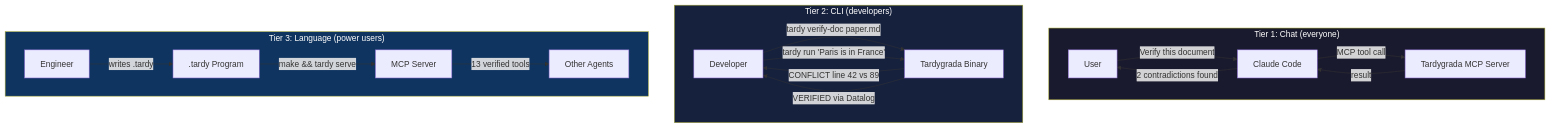
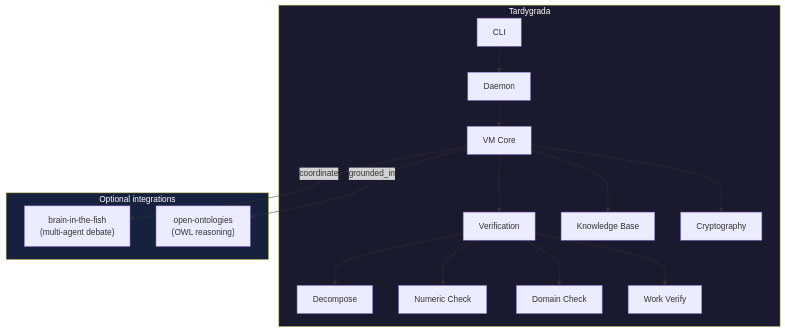
The fourth of 4 diagrams in README.md (fabio-rovai/tardygrada), drawn with Mermaid before and after one commit. The commit also changed other lines of this file and 3 other files, not shown here.

First line of the commit message:
docs: animated logo, terminal demo SVG, pipeline overview graphic

````diff
--- a/README.md
+++ b/README.md
@@ -336,26 +230,25 @@
 ```mermaid
 graph TB
-    subgraph tier1["Tier 1: Chat (everyone)"]
-        USER1["User"] -- "Verify this document" --> CC["Claude Code"]
-        CC -- "MCP tool call" --> MCP_S["Tardygrada MCP Server"]
-        MCP_S -- "result" --> CC
-        CC -- "2 contradictions found" --> USER1
+    subgraph Tardygrada["Tardygrada"]
+        CLI_CMD["CLI"] --> DAEMON_S["Daemon"]
+        DAEMON_S --> VM["VM Core"]
+        VM --> VERIFY_S["Verification"]
+        VM --> ONTO["Knowledge Base"]
+        VM --> CRYPTO_S["Cryptography"]
+        VERIFY_S --> DECOMP_S["Decompose"]
+        VERIFY_S --> NUMERIC_S["Numeric Check"]
+        VERIFY_S --> DOMAIN_S["Domain Check"]
+        VERIFY_S --> WORK_S["Work Verify"]
     end
 
-    subgraph tier2["Tier 2: CLI (developers)"]
-        USER2["Developer"] -- "tardy verify-doc paper.md" --> CLI["Tardygrada Binary"]
-        CLI -- "CONFLICT line 42 vs 89" --> USER2
-        USER2 -- "tardy run 'Paris is in France'" --> CLI
-        CLI -- "VERIFIED via Datalog" --> USER2
+    subgraph External["Optional integrations"]
+        BITF["brain-in-the-fish<br>(multi-agent debate)"]
+        OO["open-ontologies<br>(OWL reasoning)"]
     end
 
-    subgraph tier3["Tier 3: Language (power users)"]
-        USER3["Engineer"] -- "writes .tardy" --> TARDY[".tardy Program"]
-        TARDY -- "make && tardy serve" --> MCP_OUT["MCP Server"]
-        MCP_OUT -- "13 verified tools" --> AGENTS["Other Agents"]
-    end
+    VM -- "coordinate" --> BITF
+    VM -- "grounded_in" --> OO
 
-    style tier1 fill:#1a1a2e,color:#fff
-    style tier2 fill:#16213e,color:#fff
-    style tier3 fill:#0f3460,color:#fff
+    style Tardygrada fill:#1a1a2e,color:#fff
+    style External fill:#16213e,color:#fff
 ```
````
